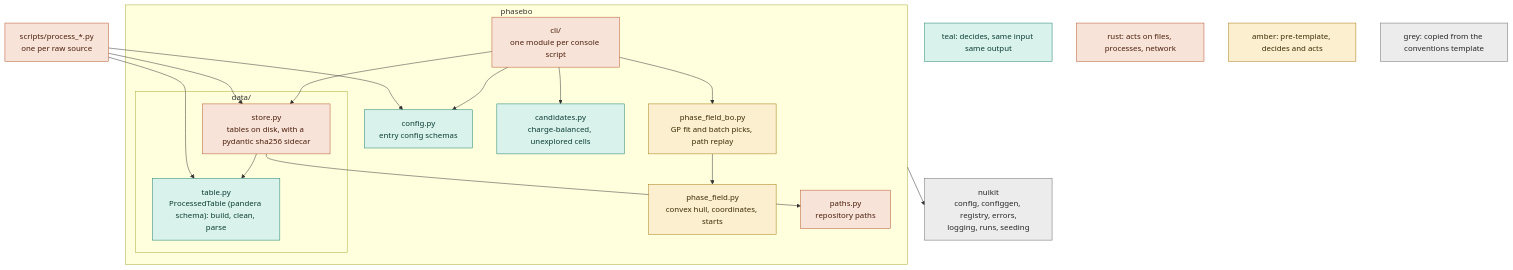
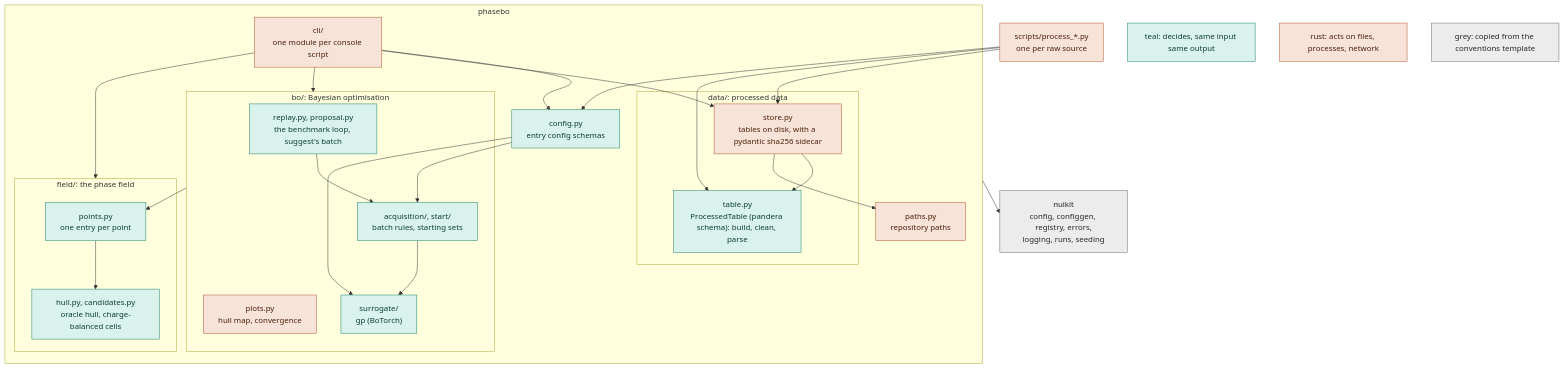
One commit to nuinashco/PhaseBO changed the first of 2 diagrams in CONTRIBUTING.md. Above: the diagram before and after it, drawn with Mermaid. The commit also changed other lines of this file and 66 other files, not shown here.

Commit message:
feat(bo): rebuild BO as surrogate, acquisition and start families

````diff
--- a/CONTRIBUTING.md
+++ b/CONTRIBUTING.md
@@ -9,36 +9,46 @@
 ```mermaid
 flowchart TD
     scripts["scripts/process_*.py<br/>one per raw source"]:::side
     subgraph project["phasebo"]
         cli["cli/<br/>one module per console script"]:::side
         config["config.py<br/>entry config schemas"]:::pure
-        bo["phase_field_bo.py<br/>GP fit and batch picks, path replay"]:::legacy
-        field["phase_field.py<br/>convex hull, coordinates, starts"]:::legacy
-        subgraph data["data/"]
+        subgraph bo["bo/: Bayesian optimisation"]
+            loops["replay.py, proposal.py<br/>the benchmark loop, suggest's batch"]:::pure
+            plots["plots.py<br/>hull map, convergence"]:::side
+            families["acquisition/, start/<br/>batch rules, starting sets"]:::pure
+            surrogate["surrogate/<br/>gp (BoTorch)"]:::pure
+        end
+        subgraph field["field/: the phase field"]
+            points["points.py<br/>one entry per point"]:::pure
+            hull["hull.py, candidates.py<br/>oracle hull, charge-balanced cells"]:::pure
+        end
+        subgraph data["data/: processed data"]
             store["store.py<br/>tables on disk, with a pydantic sha256 sidecar"]:::side
             table["table.py<br/>ProcessedTable (pandera schema): build, clean, parse"]:::pure
         end
-        candidates["candidates.py<br/>charge-balanced, unexplored cells"]:::pure
         paths["paths.py<br/>repository paths"]:::side
         cli --> config
         cli --> bo
+        cli --> field
         cli --> store
-        cli --> candidates
-        bo --> field
+        config --> families
+        config --> surrogate
+        loops --> families
+        families --> surrogate
+        bo --> points
+        points --> hull
         store --> table
         store --> paths
     end
     scripts --> store
     scripts --> table
     scripts --> config
     nuikit["nuikit<br/>config, configgen, registry, errors,<br/>logging, runs, seeding"]:::kit
     project --> nuikit
     pure["teal: decides, same input same output"]:::pure
     side["rust: acts on files, processes, network"]:::side
-    legacy["amber: pre-template, decides and acts"]:::legacy
     kit["grey: copied from the conventions template"]:::kit
     classDef pure fill:#d9f2ec,stroke:#1b7f6b,color:#0b3d33
     classDef side fill:#f8e3d8,stroke:#b4532a,color:#4a1f0c
-    classDef legacy fill:#fbefd0,stroke:#a77a12,color:#3d2c05
     classDef kit fill:#ececec,stroke:#6b6b6b,color:#262626
 ```
````
